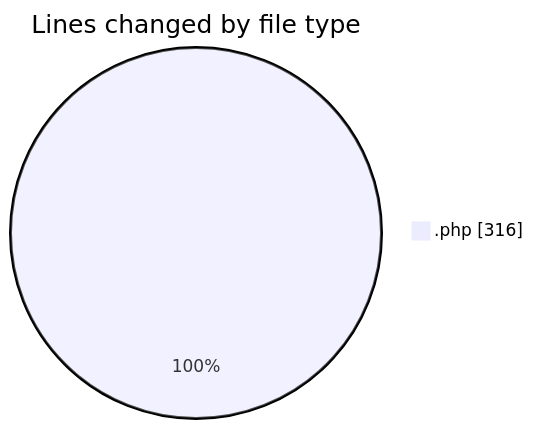
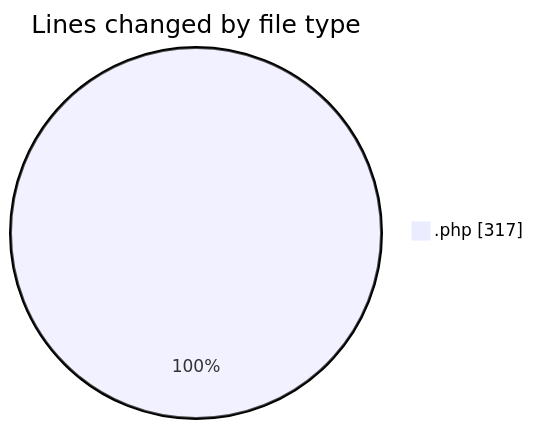
One commit to LanceThiago/code-tracking changed the first of 2 diagrams in 2026-09-14/web/README.md. Above: the diagram before and after it, drawn with Mermaid. The commit also changed other lines of this file and 1 other file, not shown here.

````diff
--- a/2026-09-14/web/README.md
+++ b/2026-09-14/web/README.md
@@ -21,5 +21,5 @@
 ```mermaid
 pie showData
 title Lines changed by file type
-".php" : 316
+".php" : 317
 ```
````
